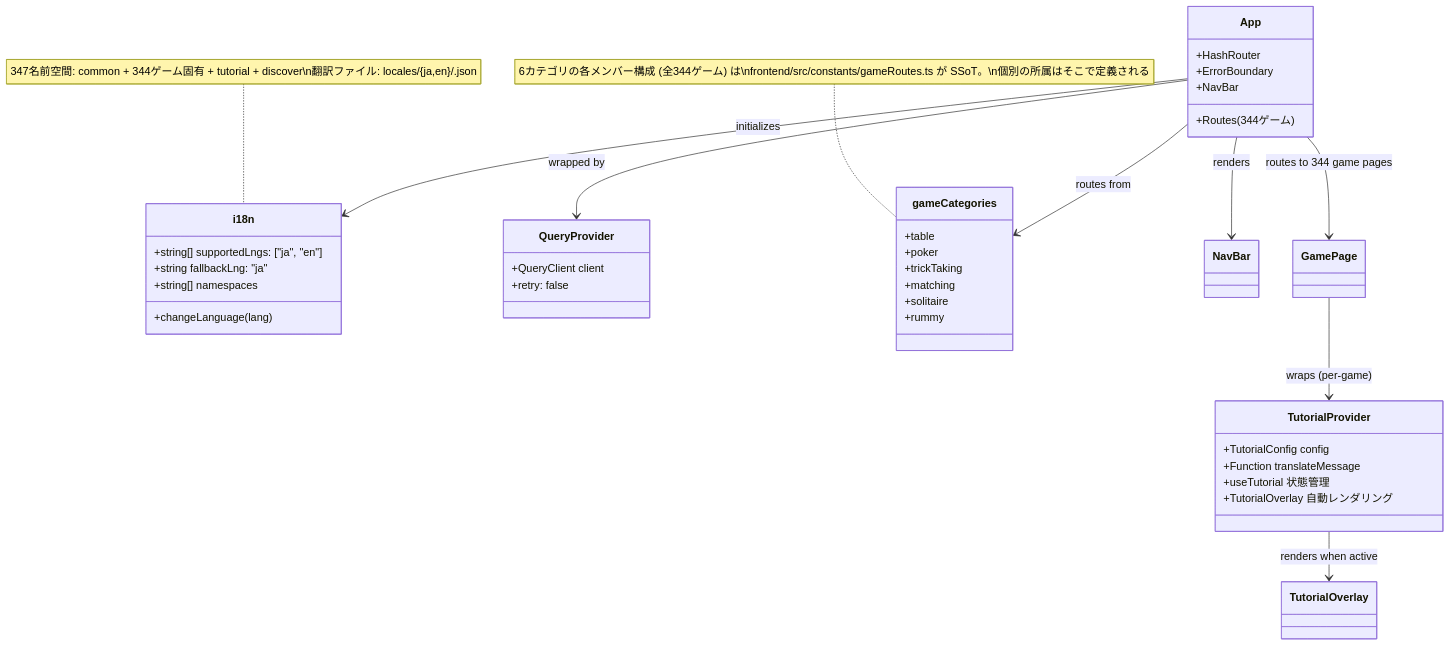
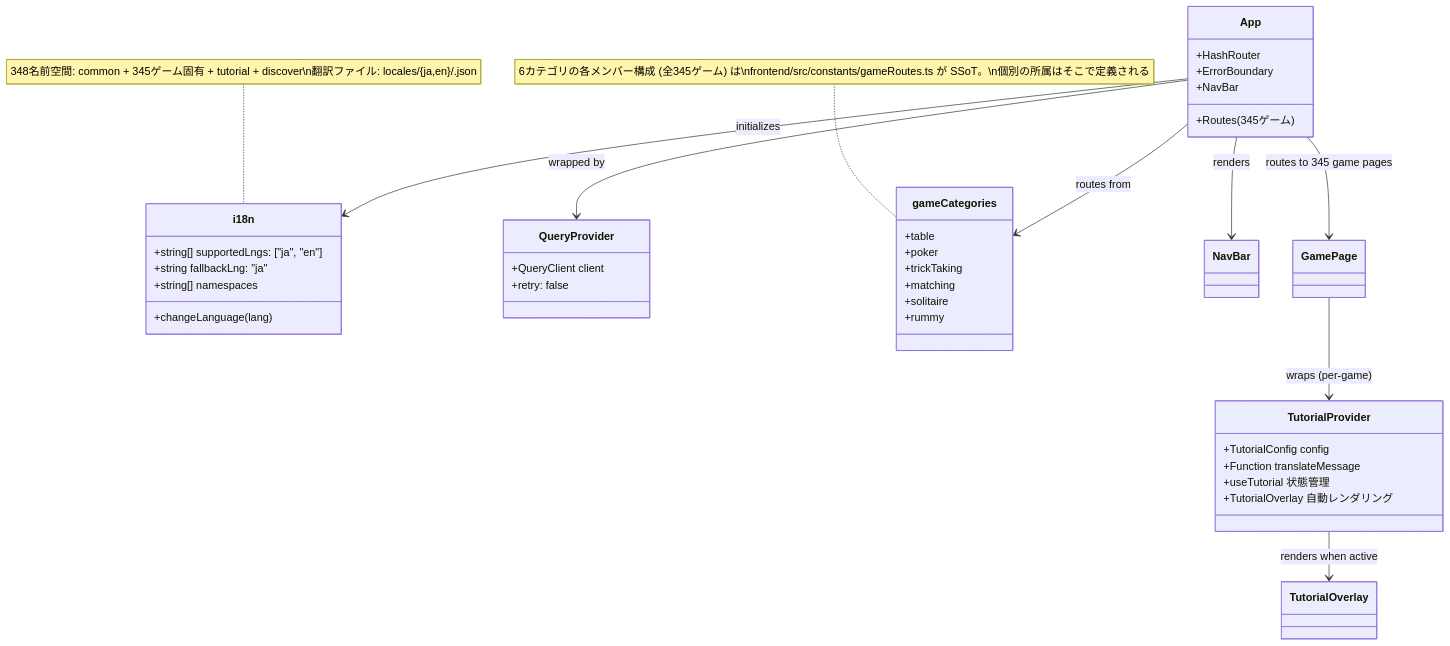
Before and after one commit to yuta-yoshinaga/go_trumpcards: the ninth of 49 diagrams in docs/design/frontend.md, drawn with Mermaid. The commit also changed other lines of this file and 60 other files, not shown here.

````diff
--- a/docs/design/frontend.md
+++ b/docs/design/frontend.md
@@ -1874,48 +1874,48 @@
 ```mermaid
 classDiagram
     class i18n {
         +string[] supportedLngs: ["ja", "en"]
         +string fallbackLng: "ja"
         +string[] namespaces
         +changeLanguage(lang)
     }
 
     class QueryProvider {
         +QueryClient client
         +retry: false
     }
 
     class App {
         +HashRouter
         +ErrorBoundary
         +NavBar
-        +Routes (344ゲーム)
+        +Routes (345ゲーム)
     }
 
     class gameCategories {
         +table
         +poker
         +trickTaking
         +matching
         +solitaire
         +rummy
     }
-    note for gameCategories "6カテゴリの各メンバー構成 (全344ゲーム) は\nfrontend/src/constants/gameRoutes.ts が SSoT。\n個別の所属はそこで定義される"
+    note for gameCategories "6カテゴリの各メンバー構成 (全345ゲーム) は\nfrontend/src/constants/gameRoutes.ts が SSoT。\n個別の所属はそこで定義される"
 
     class TutorialProvider {
         +TutorialConfig config
         +Function translateMessage
         +useTutorial 状態管理
         +TutorialOverlay 自動レンダリング
     }
 
     App --> QueryProvider : wrapped by
     App --> i18n : initializes
     App --> gameCategories : routes from
     App --> NavBar : renders
-    App --> GamePage : routes to 344 game pages
+    App --> GamePage : routes to 345 game pages
     GamePage --> TutorialProvider : wraps (per-game)
     TutorialProvider --> TutorialOverlay : renders when active
 
-    note for i18n "347名前空間: common + 344ゲーム固有 + tutorial + discover\n翻訳ファイル: locales/{ja,en}/<game>.json"
+    note for i18n "348名前空間: common + 345ゲーム固有 + tutorial + discover\n翻訳ファイル: locales/{ja,en}/<game>.json"
 ```
````
